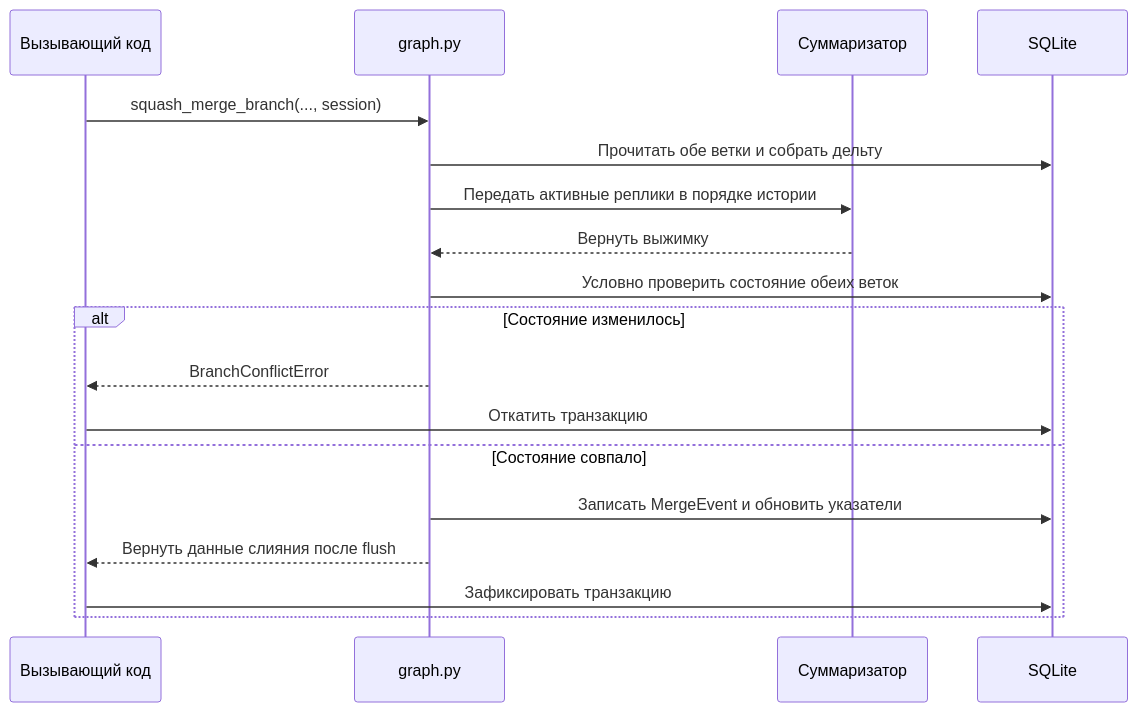
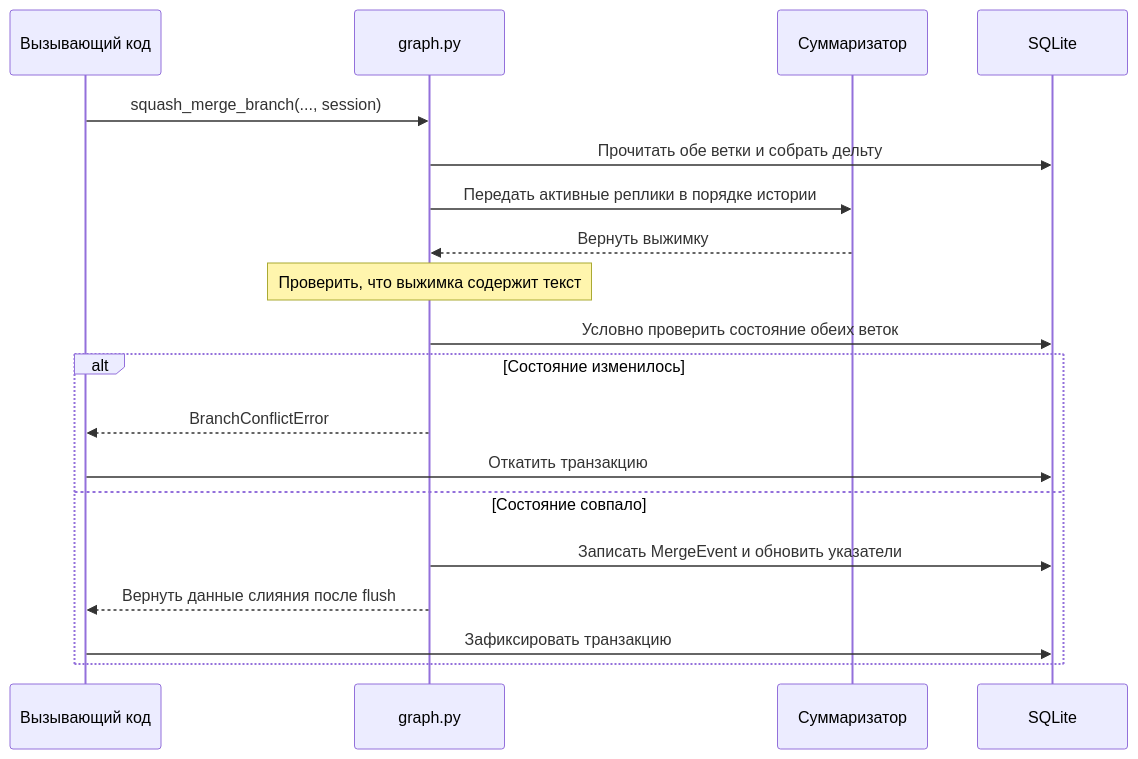
Before and after one commit to Curr3ncyV01D/exocortex: the third of 3 diagrams in docs/spec_crud_graph.md, drawn with Mermaid. The commit also changed other lines of this file and 3 other files, not shown here.

Commit message:
docs: update architecture and spec docs with new rules and schema

````diff
--- a/docs/spec_crud_graph.md
+++ b/docs/spec_crud_graph.md
@@ -77,21 +81,22 @@
 ```mermaid
 sequenceDiagram
     participant Caller as Вызывающий код
     participant Graph as graph.py
     participant Summarizer as Суммаризатор
     participant DB as SQLite
 
     Caller->>Graph: squash_merge_branch(..., session)
     Graph->>DB: Прочитать обе ветки и собрать дельту
     Graph->>Summarizer: Передать активные реплики в порядке истории
     Summarizer-->>Graph: Вернуть выжимку
+    Note over Graph: Проверить, что выжимка содержит текст
     Graph->>DB: Условно проверить состояние обеих веток
     alt Состояние изменилось
         Graph-->>Caller: BranchConflictError
         Caller->>DB: Откатить транзакцию
     else Состояние совпало
         Graph->>DB: Записать MergeEvent и обновить указатели
         Graph-->>Caller: Вернуть данные слияния после flush
         Caller->>DB: Зафиксировать транзакцию
     end
 ```
````
